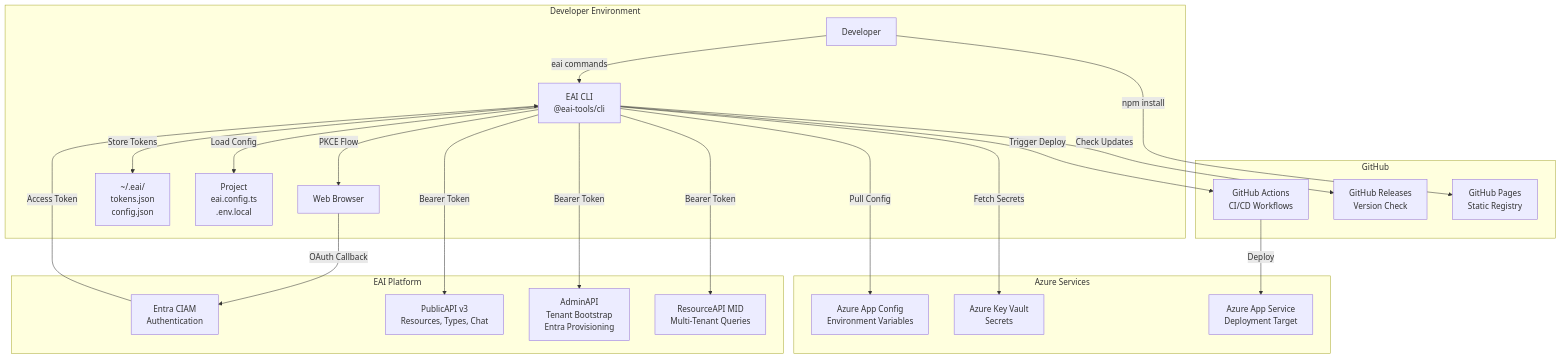
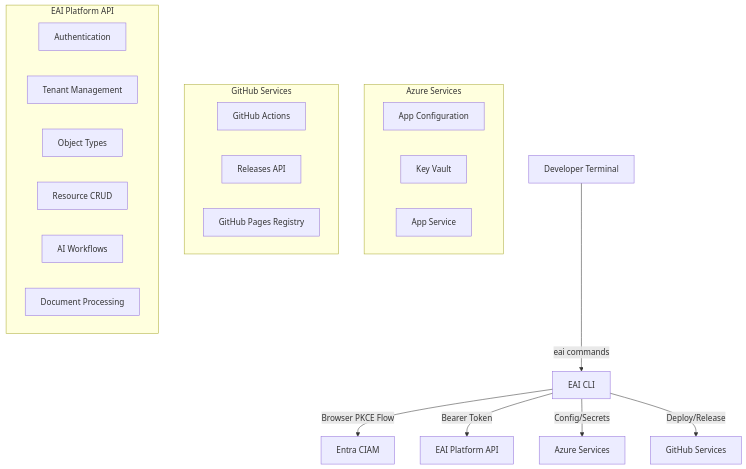
The first of 5 diagrams in .tech-docs/architecture.md (eai-support/eai), drawn with Mermaid before and after one commit. The commit also changed other lines of this file and 11 other files, not shown here.

````diff
--- a/.tech-docs/architecture.md
+++ b/.tech-docs/architecture.md
@@ -12,45 +12,36 @@
 ```mermaid
 flowchart TB
-    subgraph "Developer Environment"
-        Dev[Developer]
-        CLI[EAI CLI<br/>@eai-tools/cli]
-        Browser[Web Browser]
-        LocalFS[~/.eai/<br/>tokens.json<br/>config.json]
-        ProjectFS[Project<br/>eai.config.ts<br/>.env.local]
+    Dev[Developer Terminal]
+    CLI[EAI CLI]
+    Entra[Entra CIAM]
+    Platform[EAI Platform API]
+    Azure[Azure Services]
+    GitHub[GitHub Services]
+    
+    Dev -->|eai commands| CLI
+    CLI -->|Browser PKCE Flow| Entra
+    CLI -->|Bearer Token| Platform
+    CLI -->|Config/Secrets| Azure
+    CLI -->|Deploy/Release| GitHub
+    
+    subgraph Azure Services
+        AppConfig[App Configuration]
+        KeyVault[Key Vault]
+        AppService[App Service]
     end
     
-    subgraph "EAI Platform"
-        Entra[Entra CIAM<br/>Authentication]
-        PublicAPI[PublicAPI v3<br/>Resources, Types, Chat]
-        AdminAPI[AdminAPI<br/>Tenant Bootstrap<br/>Entra Provisioning]
-        ResourceAPI[ResourceAPI MID<br/>Multi-Tenant Queries]
+    subgraph GitHub Services
+        Actions[GitHub Actions]
+        Releases[Releases API]
+        Pages[GitHub Pages Registry]
     end
     
-    subgraph "Azure Services"
-        AppConfig[Azure App Config<br/>Environment Variables]
-        KeyVault[Azure Key Vault<br/>Secrets]
-        AppService[Azure App Service<br/>Deployment Target]
+    subgraph EAI Platform API
+        Auth[Authentication]
+        Tenants[Tenant Management]
+        Types[Object Types]
+        Resources[Resource CRUD]
+        AI[AI Workflows]
+        Docs[Document Processing]
     end
-    
-    subgraph "GitHub"
-        GHActions[GitHub Actions<br/>CI/CD Workflows]
-        GHReleases[GitHub Releases<br/>Version Check]
-        GHPages[GitHub Pages<br/>Static Registry]
-    end
-    
-    Dev -->|eai commands| CLI
-    CLI -->|PKCE Flow| Browser
-    Browser -->|OAuth Callback| Entra
-    Entra -->|Access Token| CLI
-    CLI -->|Store Tokens| LocalFS
-    CLI -->|Load Config| ProjectFS
-    CLI -->|Bearer Token| PublicAPI
-    CLI -->|Bearer Token| AdminAPI
-    CLI -->|Bearer Token| ResourceAPI
-    CLI -->|Pull Config| AppConfig
-    CLI -->|Fetch Secrets| KeyVault
-    CLI -->|Trigger Deploy| GHActions
-    GHActions -->|Deploy| AppService
-    CLI -->|Check Updates| GHReleases
-    Dev -->|npm install| GHPages
 ```
````
